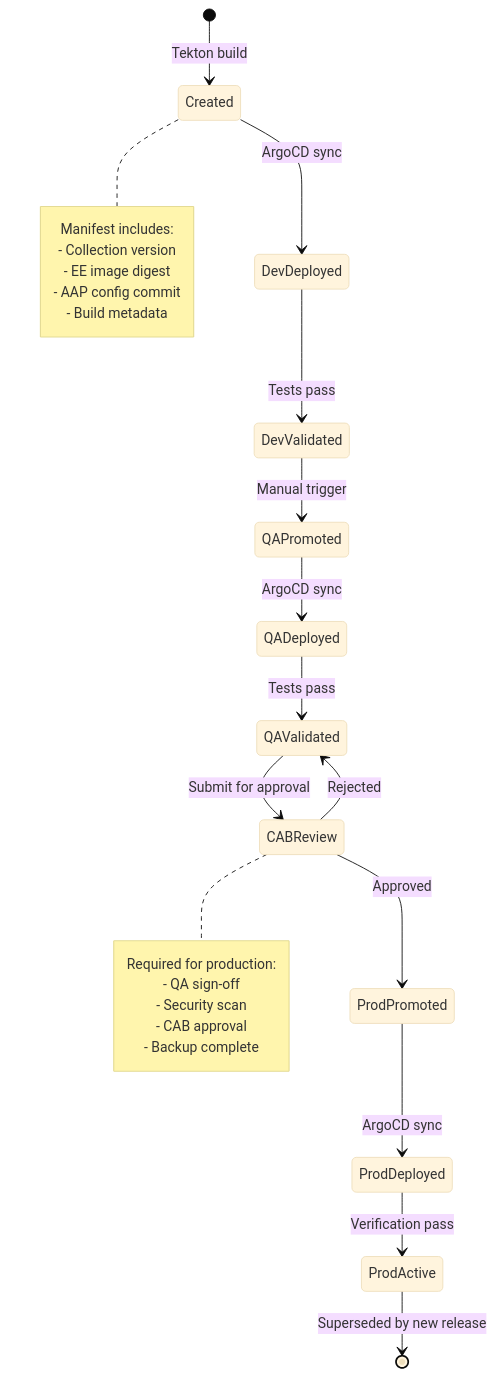
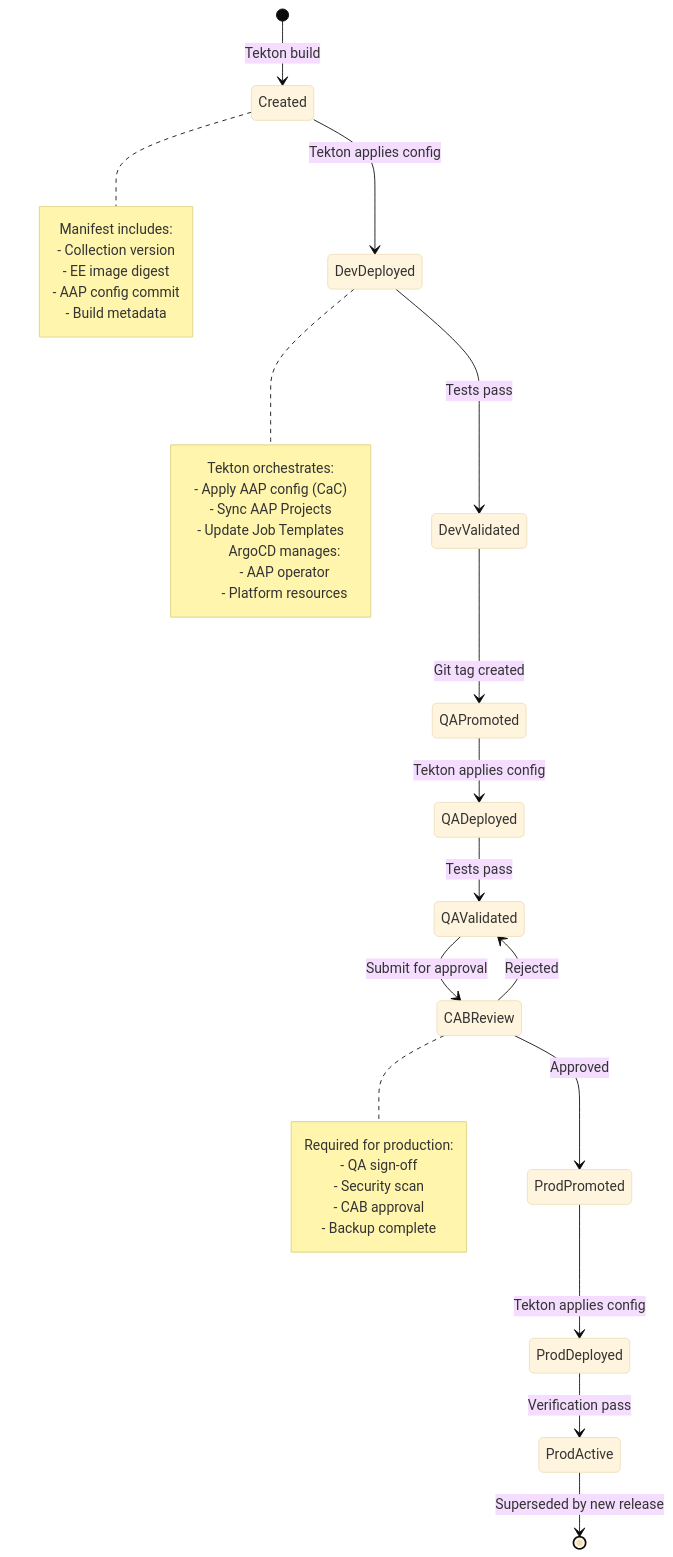
Diagram 14 of 17 in docs/diagrams/PROMOTION-FLOW.md (djdanielsson/rh1-docs), drawn with Mermaid (base theme) before and after one commit. The commit also changed other lines of this file, not shown here.

````diff
--- a/docs/diagrams/PROMOTION-FLOW.md
+++ b/docs/diagrams/PROMOTION-FLOW.md
@@ -503,31 +549,42 @@
 ```mermaid
 stateDiagram-v2
     [*] --> Created: Tekton build
-    Created --> DevDeployed: ArgoCD sync
+    Created --> DevDeployed: Tekton applies config
     DevDeployed --> DevValidated: Tests pass
-    DevValidated --> QAPromoted: Manual trigger
-    QAPromoted --> QADeployed: ArgoCD sync
+    DevValidated --> QAPromoted: Git tag created
+    QAPromoted --> QADeployed: Tekton applies config
     QADeployed --> QAValidated: Tests pass
     QAValidated --> CABReview: Submit for approval
     CABReview --> ProdPromoted: Approved
     CABReview --> QAValidated: Rejected
-    ProdPromoted --> ProdDeployed: ArgoCD sync
+    ProdPromoted --> ProdDeployed: Tekton applies config
     ProdDeployed --> ProdActive: Verification pass
     ProdActive --> [*]: Superseded by new release
 
     note right of Created
         Manifest includes:
         - Collection version
         - EE image digest
         - AAP config commit
         - Build metadata
     end note
 
+    note right of DevDeployed
+        Tekton orchestrates:
+        - Apply AAP config (CaC)
+        - Sync AAP Projects
+        - Update Job Templates
+        
+        ArgoCD manages:
+        - AAP operator
+        - Platform resources
+    end note
+
     note right of CABReview
         Required for production:
         - QA sign-off
         - Security scan
         - CAB approval
         - Backup complete
     end note
 ```
````
